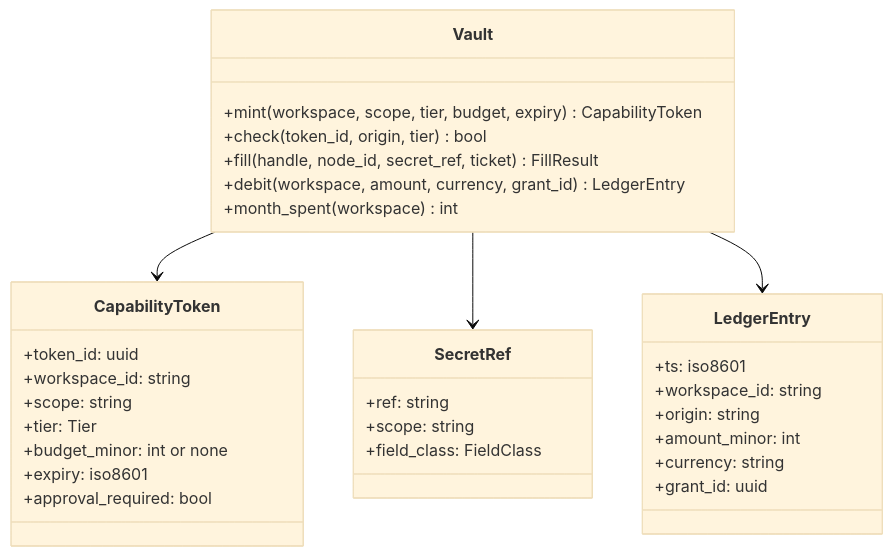
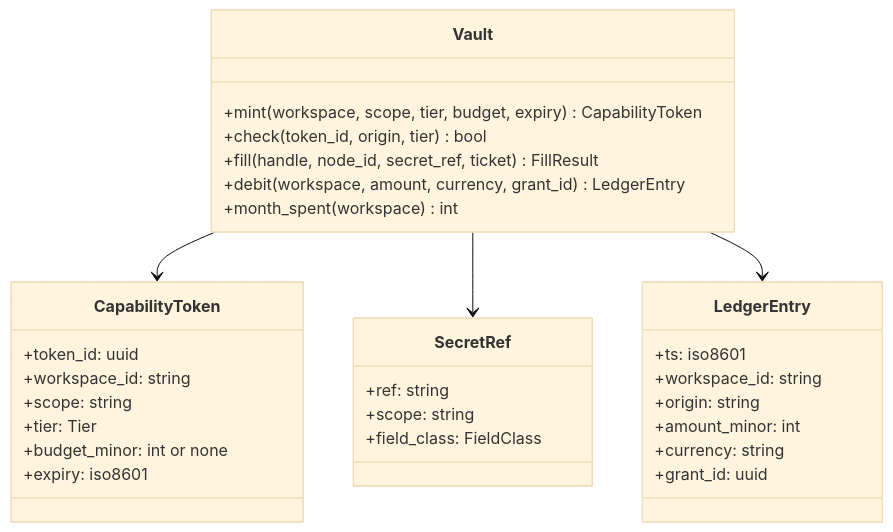
Before and after one commit to febufenn-cyber/drawing-office-v2: the eighth of 9 diagrams in designs/browser-os-action-control-plane/LLD.md, drawn with Mermaid (base theme). The commit also changed other lines of this file and 2 other files, not shown here.

````diff
--- a/designs/browser-os-action-control-plane/LLD.md
+++ b/designs/browser-os-action-control-plane/LLD.md
@@ -373,35 +404,34 @@
 ```mermaid
 classDiagram
     class CapabilityToken {
         +token_id: uuid
         +workspace_id: string
         +scope: string
         +tier: Tier
         +budget_minor: int or none
         +expiry: iso8601
-        +approval_required: bool
     }
     class SecretRef {
         +ref: string
         +scope: string
         +field_class: FieldClass
     }
     class LedgerEntry {
         +ts: iso8601
         +workspace_id: string
         +origin: string
         +amount_minor: int
         +currency: string
         +grant_id: uuid
     }
     class Vault {
         +mint(workspace, scope, tier, budget, expiry) CapabilityToken
         +check(token_id, origin, tier) bool
         +fill(handle, node_id, secret_ref, ticket) FillResult
         +debit(workspace, amount, currency, grant_id) LedgerEntry
         +month_spent(workspace) int
     }
     Vault --> CapabilityToken
     Vault --> SecretRef
     Vault --> LedgerEntry
 ```
````
